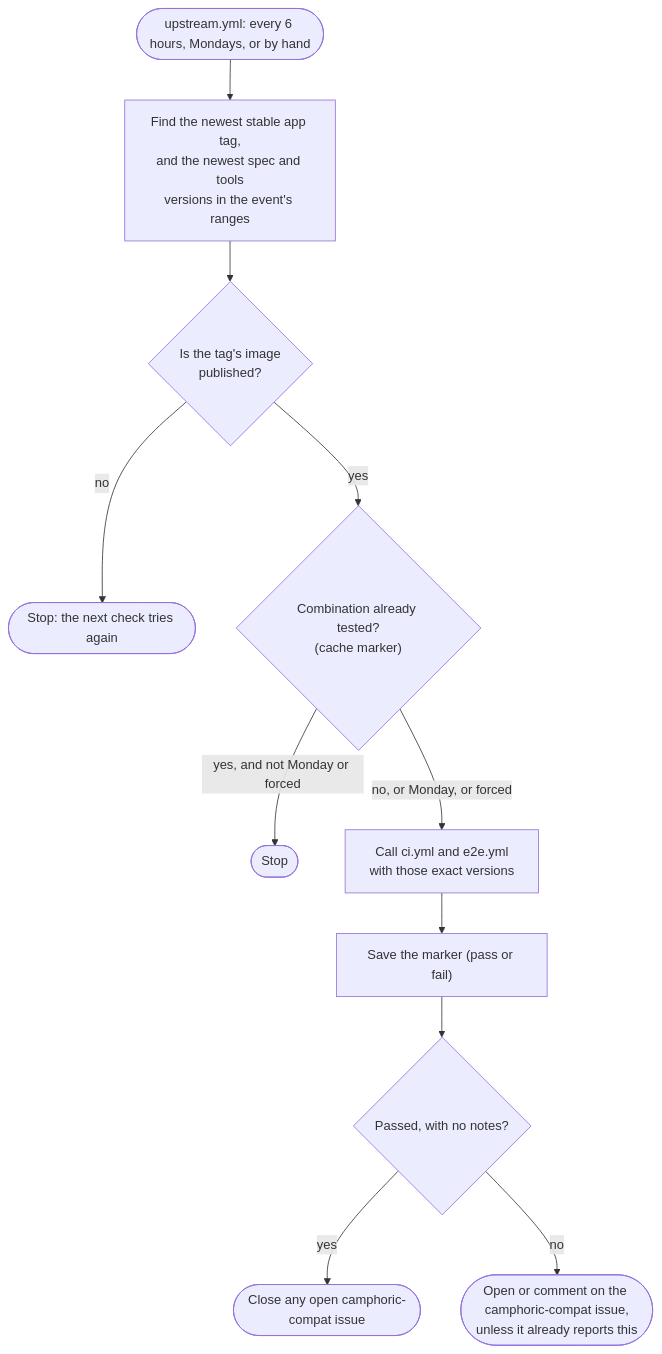
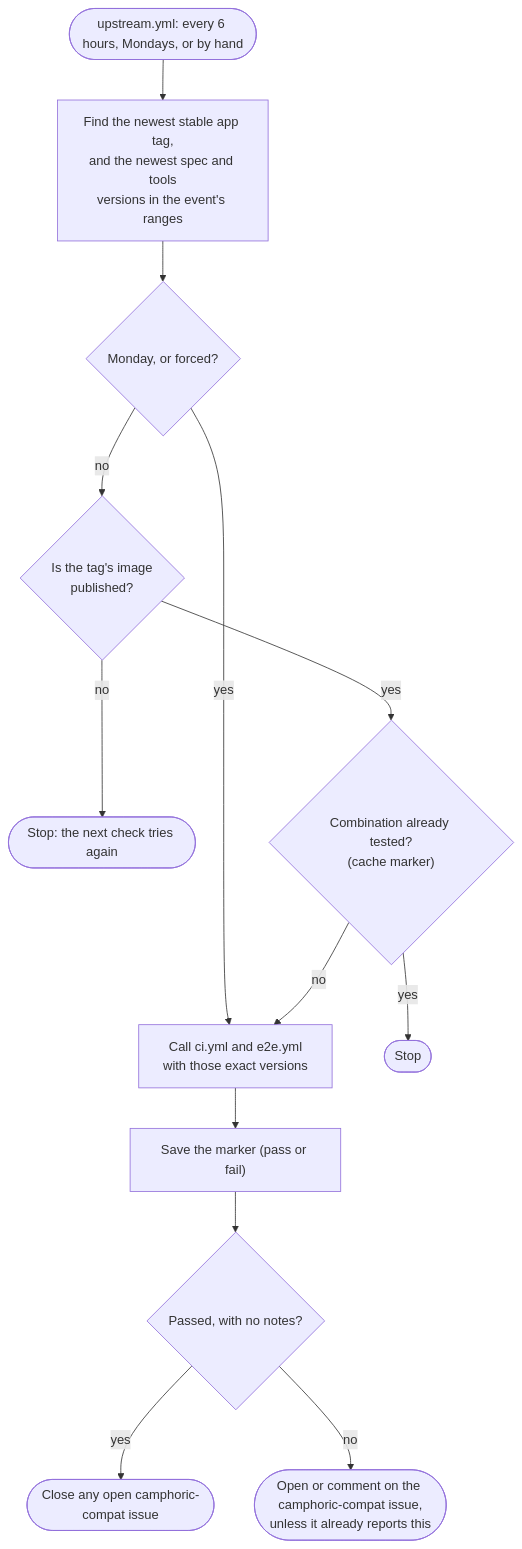
The diagram in doc/event-repo-ci.md (camphoric/camphoric), drawn with Mermaid before and after one commit. The commit also changed other lines of this file, not shown here.

````diff
--- a/doc/event-repo-ci.md
+++ b/doc/event-repo-ci.md
@@ -141,13 +160,15 @@
 ```mermaid
 flowchart TD
   cron(["upstream.yml: every 6 hours, Mondays, or by hand"]) --> find["Find the newest stable app tag,<br/>and the newest spec and tools<br/>versions in the event's ranges"]
-  find --> image{"Is the tag's image<br/>published?"}
+  find --> always{"Monday, or forced?"}
+  always -- yes --> run
+  always -- no --> image{"Is the tag's image<br/>published?"}
   image -- no --> stop(["Stop: the next check tries again"])
   image -- yes --> tested{"Combination already tested?<br/>(cache marker)"}
-  tested -- "yes, and not Monday or forced" --> stop2(["Stop"])
-  tested -- "no, or Monday, or forced" --> run["Call ci.yml and e2e.yml<br/>with those exact versions"]
+  tested -- yes --> stop2(["Stop"])
+  tested -- no --> run["Call ci.yml and e2e.yml<br/>with those exact versions"]
   run --> record["Save the marker (pass or fail)"]
   record --> report{"Passed, with no notes?"}
   report -- yes --> close(["Close any open camphoric-compat issue"])
   report -- no --> issue(["Open or comment on the camphoric-compat issue,<br/>unless it already reports this"])
 ```
````
